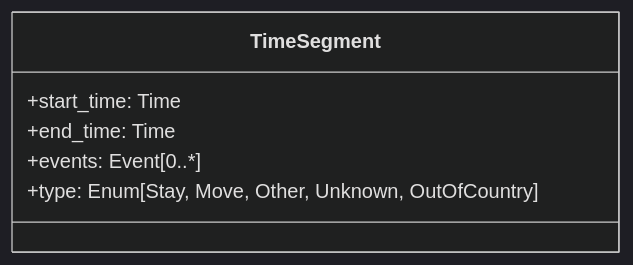
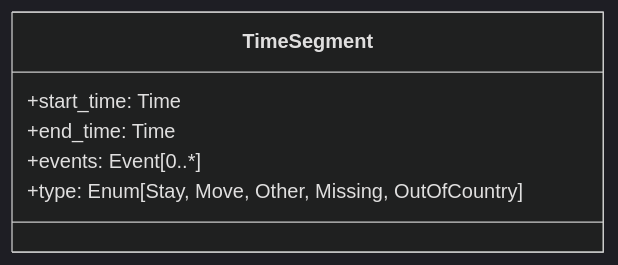
One commit to djvanderlaan/pipeline changed the third of 7 diagrams in README.md. Above: the diagram before and after it, drawn with Mermaid (dark theme). The commit also changed other lines of this file, not shown here.

````diff
--- a/README.md
+++ b/README.md
@@ -84,9 +87,9 @@
 ```mermaid
 classDiagram
   class TimeSegment {
     +start_time: Time
     +end_time: Time
     +events: Event[0..*]
-    +type: Enum[Stay, Move, Other, Unknown, OutOfCountry]
+    +type: Enum[Stay, Move, Other, Missing, OutOfCountry]
   }
 ```
````
